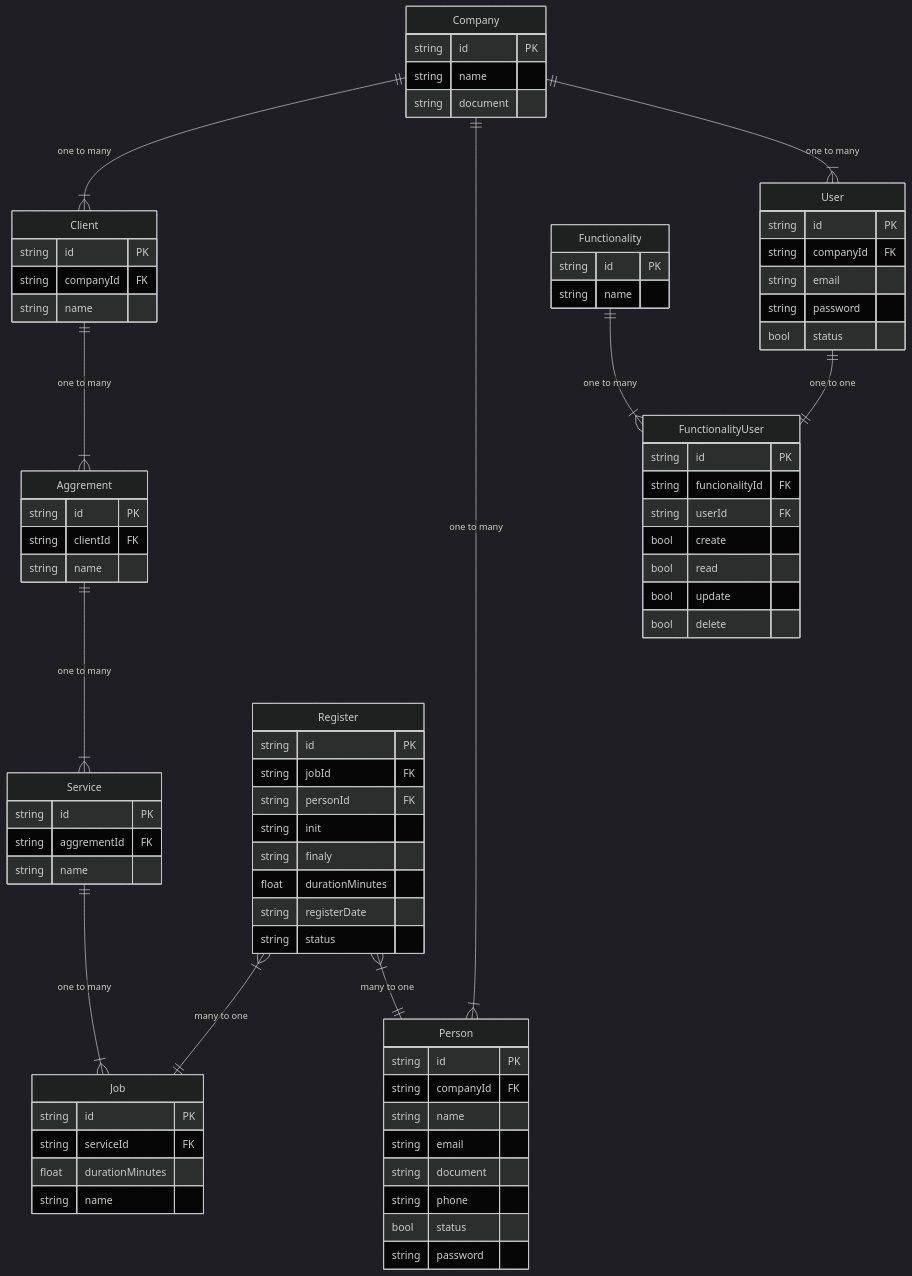
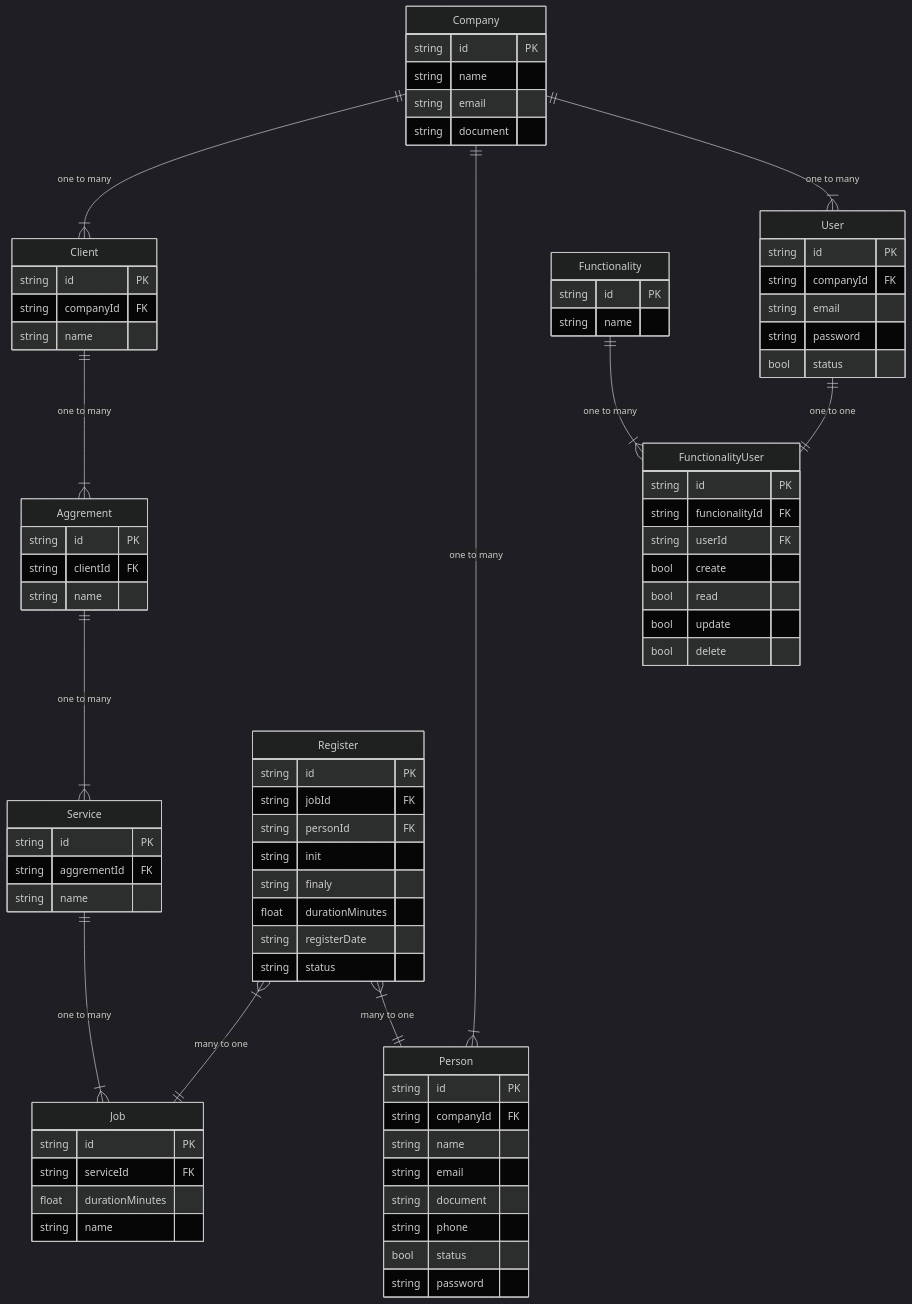
The diagram in api/MER.md (cristiano182/open-punch-clock), drawn with Mermaid (dark theme) before and after one commit. The commit also changed 13 other files, not shown here.

```diff
--- a/api/MER.md
+++ b/api/MER.md
@@ -3,6 +3,7 @@
     Company {
         string id PK
         string name
+        string email
         string document
     }
     Client {
```
